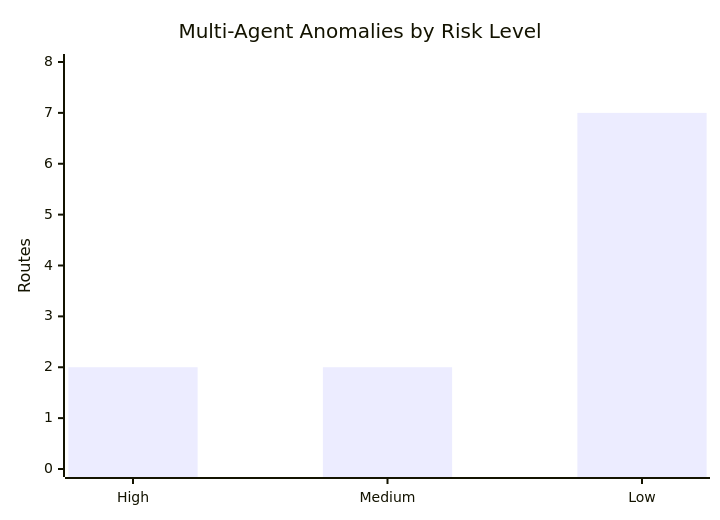
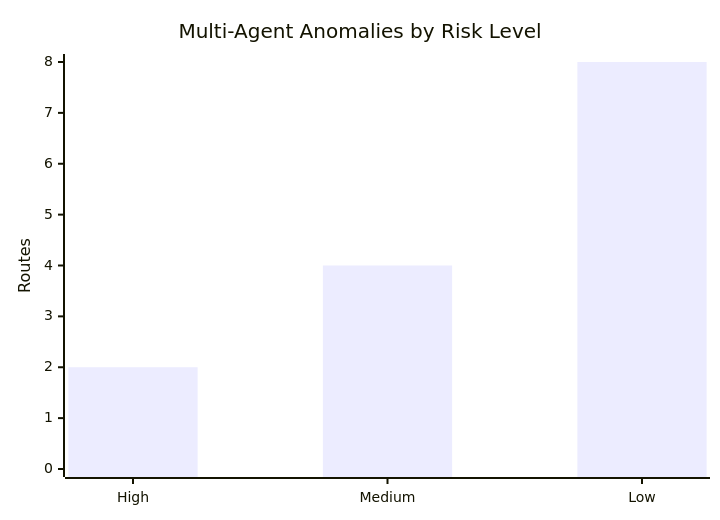
One commit to stefanotractor/FBI-Agents-817541 changed diagram 11 of 11 in README.md. Above: the diagram before and after it, drawn with Mermaid. The commit also changed other lines of this file, not shown here.

````diff
--- a/README.md
+++ b/README.md
@@ -1248,7 +1245,7 @@
 ```mermaid
 xychart-beta
     title "Multi-Agent Anomalies by Risk Level"
     x-axis ["High", "Medium", "Low"]
     y-axis "Routes" 0 --> 8
-    bar [2, 2, 7]
+    bar [2, 4, 8]
 ```
````
